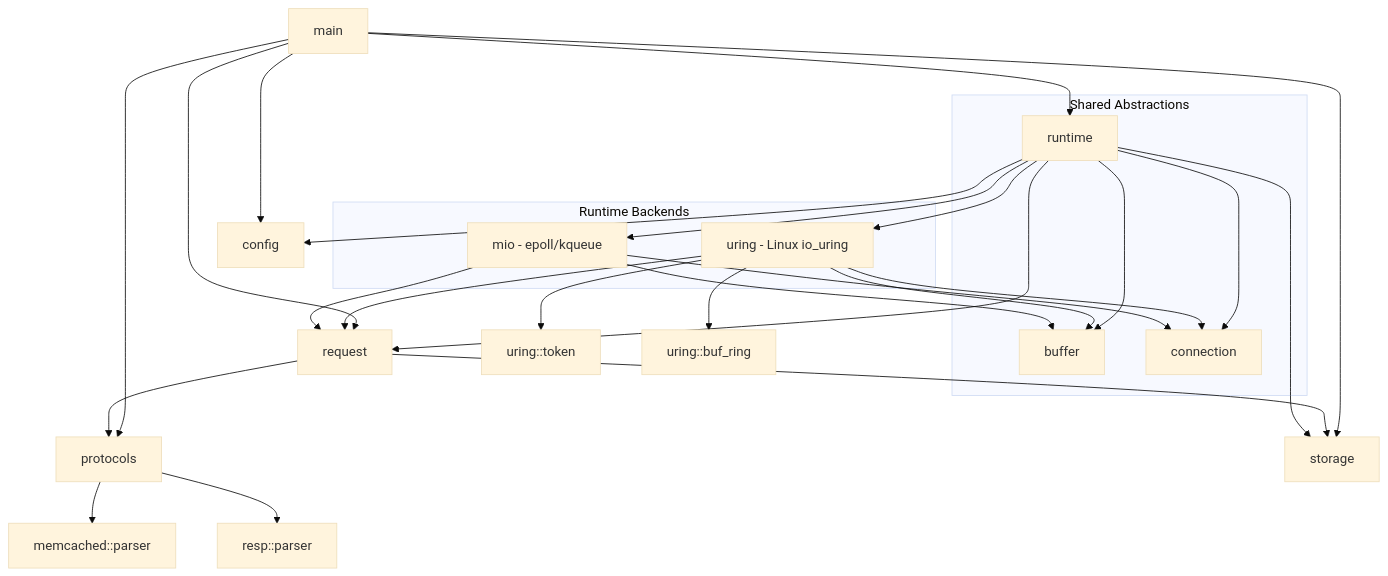
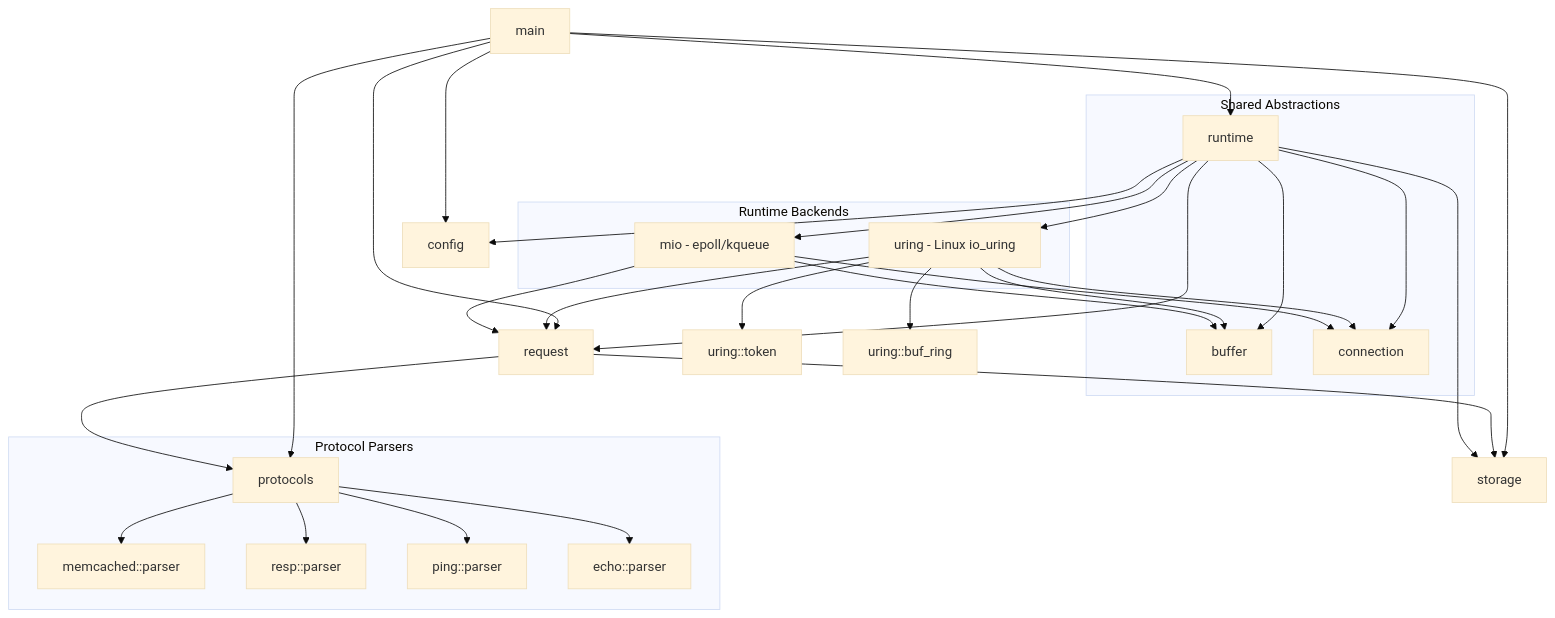
Before and after one commit to pelikan-io/grow-a-cache: the diagram in docs/architecture.md, drawn with Mermaid (base theme). The commit also changed other lines of this file and 6 other files, not shown here.

First line of the commit message:
Add ping and echo protocol parser modules

````diff
--- a/docs/architecture.md
+++ b/docs/architecture.md
@@ -5,38 +5,42 @@
 ```mermaid
 graph TD
+    main --> storage
+    main --> request
+    main --> protocols
+    main --> runtime
     main --> config
-    main --> request
-    main --> runtime
-    main --> protocols
-    main --> storage
 
     request --> protocols
     request --> storage
 
     runtime --> config
     runtime --> request
     runtime --> storage
 
     subgraph runtime_shared[Shared Abstractions]
         runtime --> buffer
         runtime --> connection
     end
 
     subgraph runtime_backends[Runtime Backends]
         runtime --> uring[uring - Linux io_uring]
         runtime --> mio[mio - epoll/kqueue]
     end
 
     uring --> buffer
     uring --> connection
     uring --> token[uring::token]
     uring --> buf_ring[uring::buf_ring]
     uring --> request
 
     mio --> buffer
     mio --> connection
     mio --> request
 
-    protocols --> memcached[memcached::parser]
-    protocols --> resp[resp::parser]
+    subgraph protocol_parsers[Protocol Parsers]
+        protocols --> memcached[memcached::parser]
+        protocols --> resp[resp::parser]
+        protocols --> ping[ping::parser]
+        protocols --> echo[echo::parser]
+    end
 ```
````
